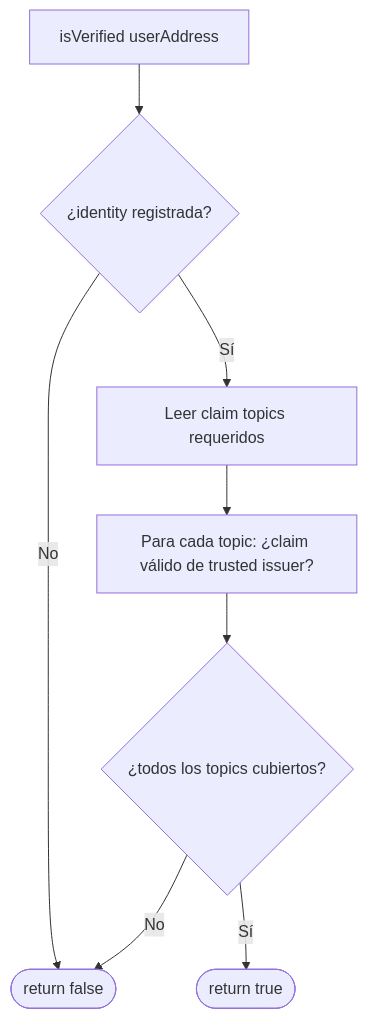
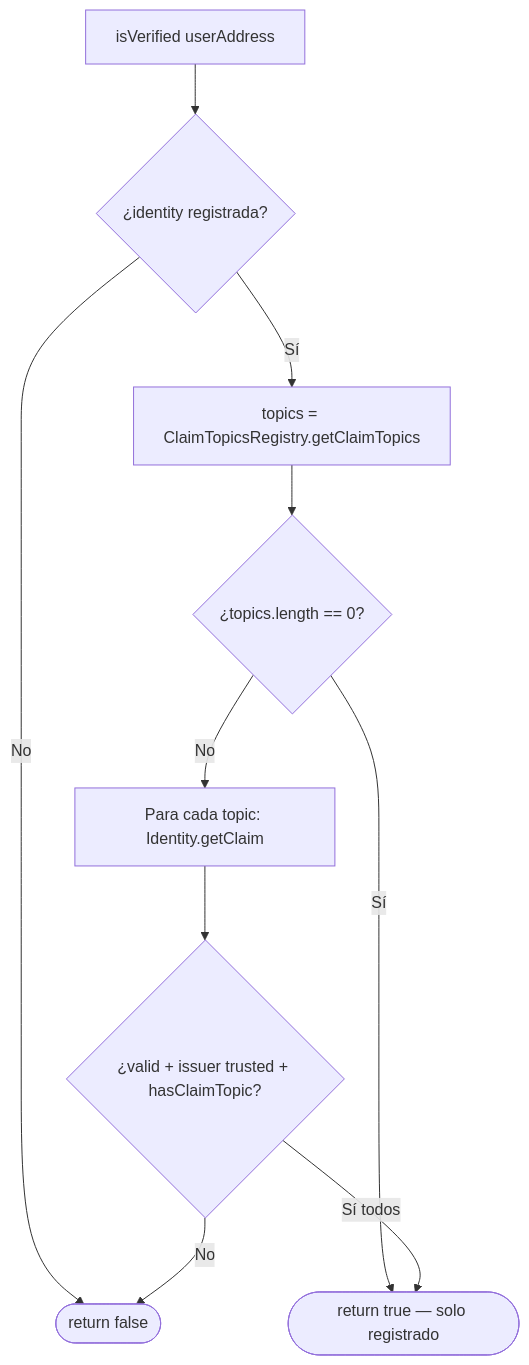
The second of 6 diagrams in doc/diagrama-de-flujo.md (rastrahm/rwa-tokenization), drawn with Mermaid before and after one commit. The commit also changed other lines of this file and 7 other files, not shown here.

````diff
--- a/doc/diagrama-de-flujo.md
+++ b/doc/diagrama-de-flujo.md
@@ -40,10 +40,12 @@
 ```mermaid
 flowchart TD
     A[isVerified userAddress] --> B{¿identity registrada?}
     B -->|No| No([return false])
-    B -->|Sí| C[Leer claim topics requeridos]
-    C --> D[Para cada topic: ¿claim válido de trusted issuer?]
-    D --> E{¿todos los topics cubiertos?}
-    E -->|No| No
-    E -->|Sí| Yes([return true])
+    B -->|Sí| C[topics = ClaimTopicsRegistry.getClaimTopics]
+    C --> D{¿topics.length == 0?}
+    D -->|Sí| Yes([return true — solo registrado])
+    D -->|No| E[Para cada topic: Identity.getClaim]
+    E --> F{¿valid + issuer trusted + hasClaimTopic?}
+    F -->|No| No
+    F -->|Sí todos| Yes
 ```
````
